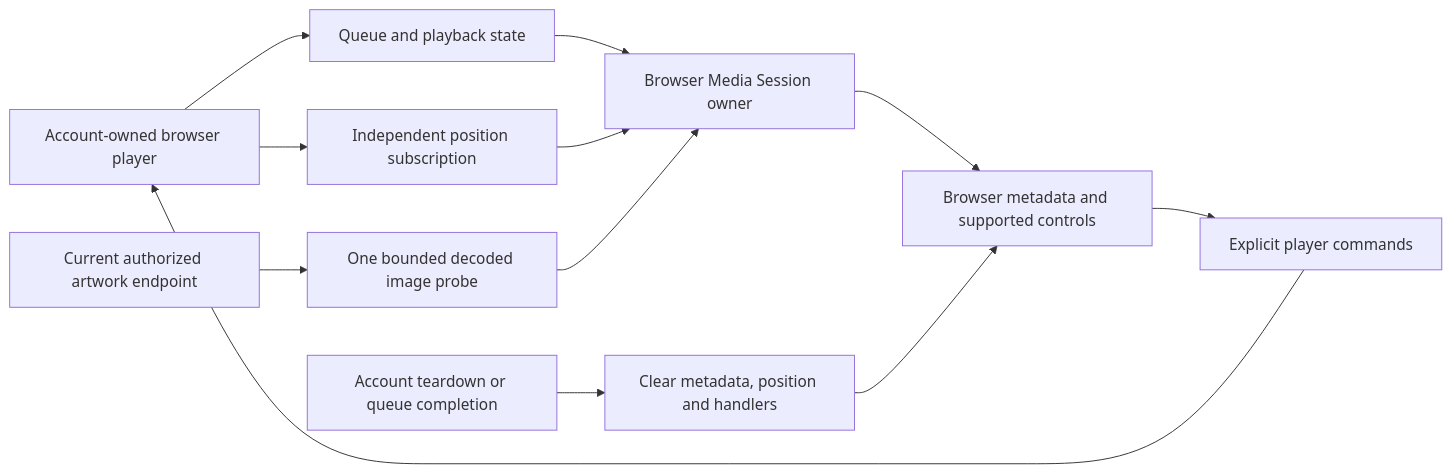
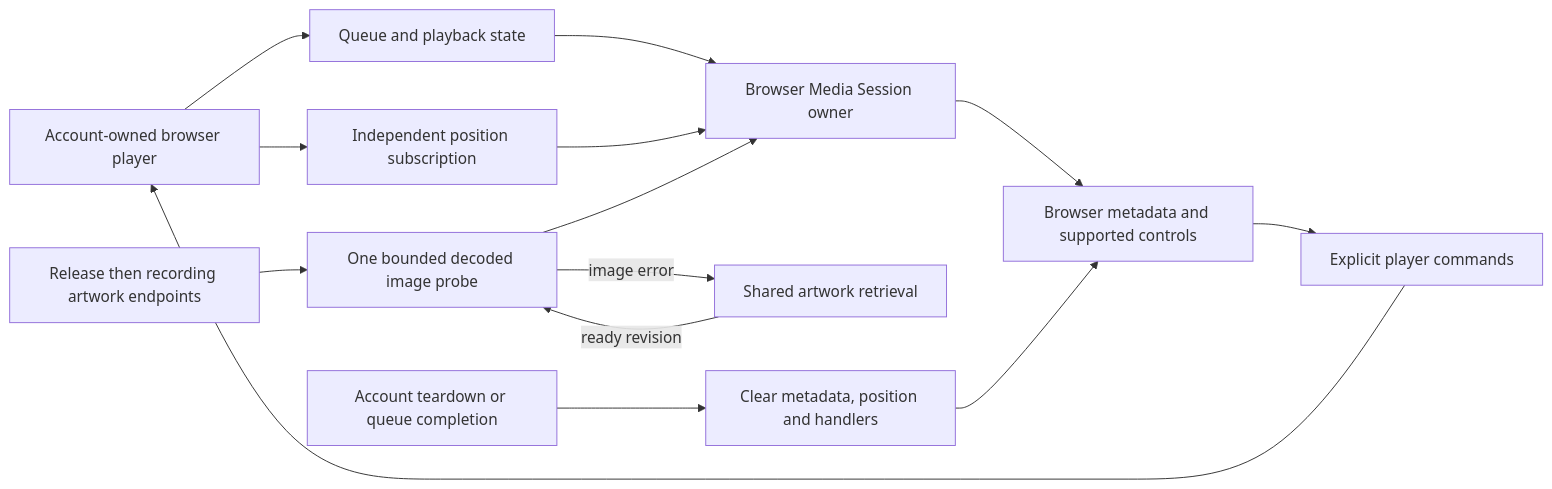
The diagram in docs/browser-media-session.md (acidiney/hitoapp), drawn with Mermaid before and after one commit. The commit also changed other lines of this file and 11 other files, not shown here.

Commit message:
Fetch missing Media Session covers through shared artwork retrieval and use release-then-recording in player covers

````diff
--- a/docs/browser-media-session.md
+++ b/docs/browser-media-session.md
@@ -7,14 +7,16 @@
 ```mermaid
 flowchart LR
   Queue[Account-owned browser player] --> State[Queue and playback state]
   Queue --> Position[Independent position subscription]
   State --> Session[Browser Media Session owner]
   Position --> Session
-  Artwork[Current authorized artwork endpoint] --> Probe[One bounded decoded image probe]
+  Artwork[Release then recording artwork endpoints] --> Probe[One bounded decoded image probe]
+  Probe -->|image error| Retrieval[Shared artwork retrieval]
+  Retrieval -->|ready revision| Probe
   Probe --> Session
   Session --> System[Browser metadata and supported controls]
   System --> Commands[Explicit player commands]
   Commands --> Queue
   Close[Account teardown or queue completion] --> Clear[Clear metadata, position and handlers]
   Clear --> System
 ```
````
